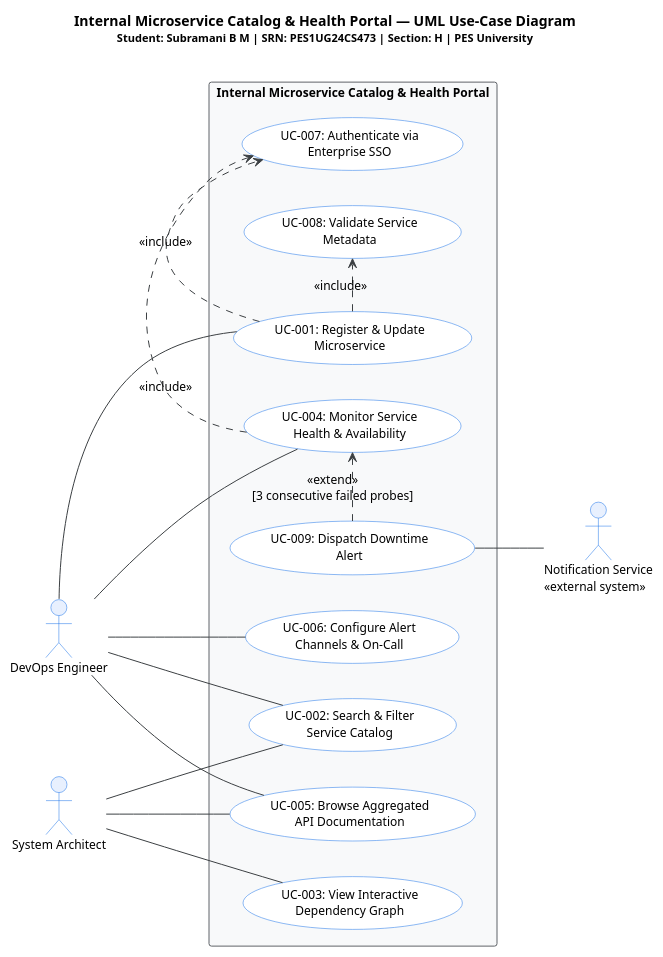
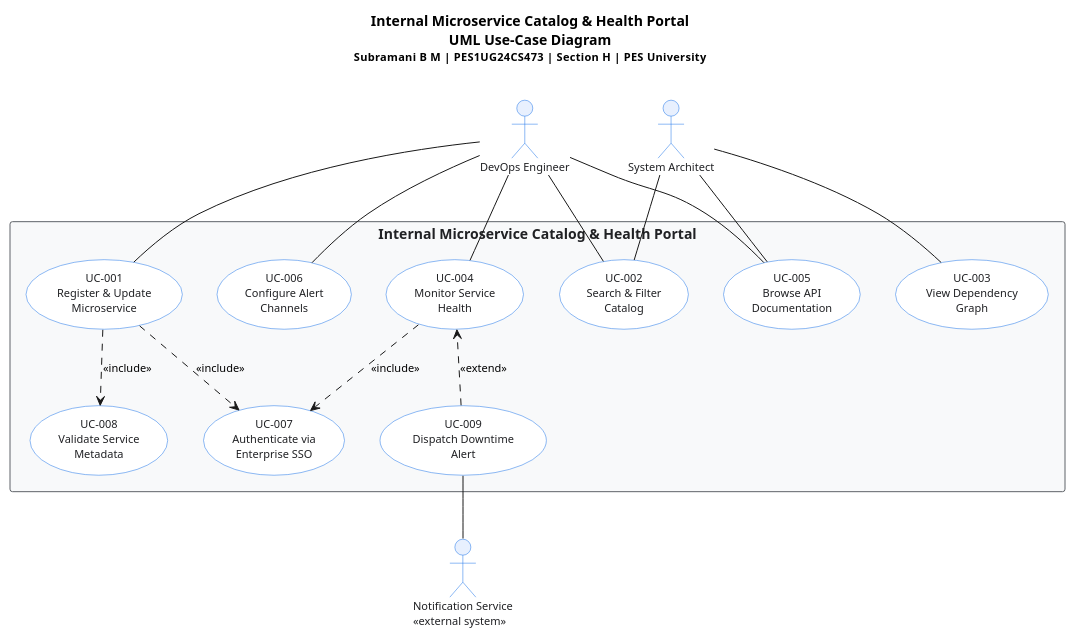
The diagram in use_case_diagram.puml (SubramaniBM/LAB1_Activity_Subramani_BM_PES1UG24CS473), drawn with PlantUML before and after one commit. The commit also changed 1 other file, not shown here.

Commit message:
Fix UML diagram layout: eliminate overlapping lines with top-to-bottom direction and ordered use case placement

```diff
--- a/use_case_diagram.puml
+++ b/use_case_diagram.puml
@@ -1,74 +1,98 @@
 @startuml use_case_diagram
 
 skinparam handwritten false
-skinparam monochrome false
-skinparam packageStyle rectangle
 skinparam shadowing false
 skinparam defaultFontName Arial
-skinparam defaultFontSize 12
+skinparam defaultFontSize 11
 
 skinparam actor {
     BackgroundColor #E8F0FE
     BorderColor #1A73E8
+    FontColor #202124
 }
 
 skinparam usecase {
     BackgroundColor #FFFFFF
     BorderColor #1A73E8
-    ArrowColor #3C4043
+    FontColor #202124
 }
 
 skinparam rectangle {
     BackgroundColor #F8F9FA
     BorderColor #5F6368
+    FontColor #202124
+    FontSize 14
+    FontStyle bold
 }
 
-title **Internal Microservice Catalog & Health Portal — UML Use-Case Diagram**\n<size:11>Student: Subramani B M | SRN: PES1UG24CS473 | Section: H | PES University</size>\n
+title **Internal Microservice Catalog & Health Portal**\n**UML Use-Case Diagram**\n<size:11>Subramani B M  |  PES1UG24CS473  |  Section H  |  PES University</size>\n
 
-left to right direction
+top to bottom direction
 
-' ── Actors (Left) ──
+' ══════════════════════════════════════════════
+' ACTORS — Top (DevOps left, Architect right)
+' ══════════════════════════════════════════════
 actor "DevOps Engineer" as DevOps
 actor "System Architect" as Architect
+DevOps -[hidden]right- Architect
 
-' ── System Boundary ──
+' ══════════════════════════════════════════════
+' SYSTEM BOUNDARY
+' ══════════════════════════════════════════════
 rectangle "Internal Microservice Catalog & Health Portal" {
-    
-    usecase "UC-001: Register & Update\nMicroservice" as UC1
-    usecase "UC-002: Search & Filter\nService Catalog" as UC2
-    usecase "UC-003: View Interactive\nDependency Graph" as UC3
-    usecase "UC-004: Monitor Service\nHealth & Availability" as UC4
-    usecase "UC-005: Browse Aggregated\nAPI Documentation" as UC5
-    usecase "UC-006: Configure Alert\nChannels & On-Call" as UC6
-    
-    usecase "UC-007: Authenticate via\nEnterprise SSO" as UC_Auth
-    usecase "UC-008: Validate Service\nMetadata" as UC_Validate
-    usecase "UC-009: Dispatch Downtime\nAlert" as UC_Alert
+
+    ' ── Row 1: Primary Use Cases ──
+    ' Ordered left → right: DevOps-only, Shared, Architect-only
+    ' This minimizes line crossings from actors above.
+    usecase "UC-001\nRegister & Update\nMicroservice" as UC1
+    usecase "UC-006\nConfigure Alert\nChannels" as UC6
+    usecase "UC-004\nMonitor Service\nHealth" as UC4
+    usecase "UC-002\nSearch & Filter\nCatalog" as UC2
+    usecase "UC-005\nBrowse API\nDocumentation" as UC5
+    usecase "UC-003\nView Dependency\nGraph" as UC3
+
+    ' Force horizontal ordering
+    UC1 -[hidden]right- UC6
+    UC6 -[hidden]right- UC4
+    UC4 -[hidden]right- UC2
+    UC2 -[hidden]right- UC5
+    UC5 -[hidden]right- UC3
+
+    ' ── Row 2: Supporting Use Cases ──
+    usecase "UC-008\nValidate Service\nMetadata" as UC_Validate
+    usecase "UC-007\nAuthenticate via\nEnterprise SSO" as UC_Auth
+    usecase "UC-009\nDispatch Downtime\nAlert" as UC_Alert
+
+    UC_Validate -[hidden]right- UC_Auth
+    UC_Auth -[hidden]right- UC_Alert
 }
 
-' ── External Actor (Right) ──
+' ══════════════════════════════════════════════
+' EXTERNAL ACTOR — Bottom
+' ══════════════════════════════════════════════
 actor "Notification Service\n<<external system>>" as NotifSvc
 
-' ── Actor Associations ──
+' ── DevOps Engineer Associations ──
 DevOps -- UC1
+DevOps -- UC6
+DevOps -- UC4
 DevOps -- UC2
-DevOps -- UC4
 DevOps -- UC5
-DevOps -- UC6
 
+' ── System Architect Associations ──
 Architect -- UC2
 Architect -- UC3
 Architect -- UC5
 
-' ── Include Relationships ──
-UC1 .> UC_Validate : <<include>>
-UC1 .> UC_Auth : <<include>>
-UC4 .> UC_Auth : <<include>>
+' ── «include» Relationships ──
+UC1 ..> UC_Validate : <<include>>
+UC1 ..> UC_Auth    : <<include>>
+UC4 ..> UC_Auth    : <<include>>
 
-' ── Extend Relationship ──
-UC_Alert .> UC4 : <<extend>>\n[3 consecutive failed probes]
+' ── «extend» Relationship ──
+UC_Alert ..> UC4 : <<extend>>
 
 ' ── External System Association ──
 UC_Alert -- NotifSvc
 
 @enduml
```
